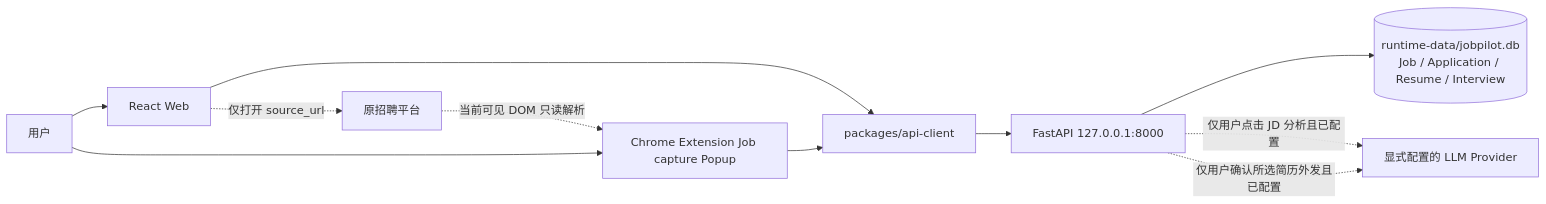
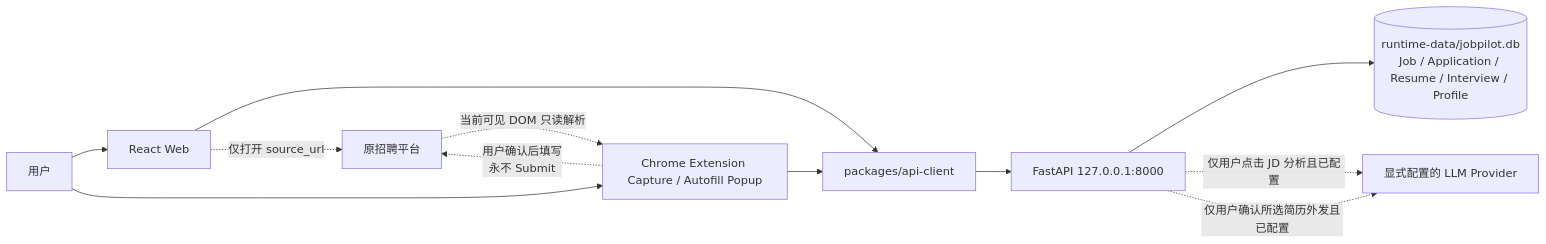
One commit to xiaoxin12138888-svg/JobPilot changed the diagram in docs/ARCHITECTURE.md. Above: the diagram before and after it, drawn with Mermaid. The commit also changed other lines of this file and 11 other files, not shown here.

````diff
--- a/docs/ARCHITECTURE.md
+++ b/docs/ARCHITECTURE.md
@@ -9,22 +10,23 @@
 ```mermaid
 flowchart LR
     U[用户]
     W[React Web]
-    E[Chrome Extension Job capture Popup]
+    E[Chrome Extension Capture / Autofill Popup]
     C[packages/api-client]
     A[FastAPI 127.0.0.1:8000]
-    S[(runtime-data/jobpilot.db\nJob / Application / Resume / Interview)]
+    S[(runtime-data/jobpilot.db\nJob / Application / Resume / Interview / Profile)]
     R[原招聘平台]
     P[显式配置的 LLM Provider]
 
     U --> W
     U --> E
     W --> C
     E --> C
     C --> A
     A --> S
     A -. 仅用户点击 JD 分析且已配置 .-> P
     A -. 仅用户确认所选简历外发且已配置 .-> P
     R -. 当前可见 DOM 只读解析 .-> E
+    E -. 用户确认后填写\n永不 Submit .-> R
     W -. 仅打开 source_url .-> R
 ```
````
